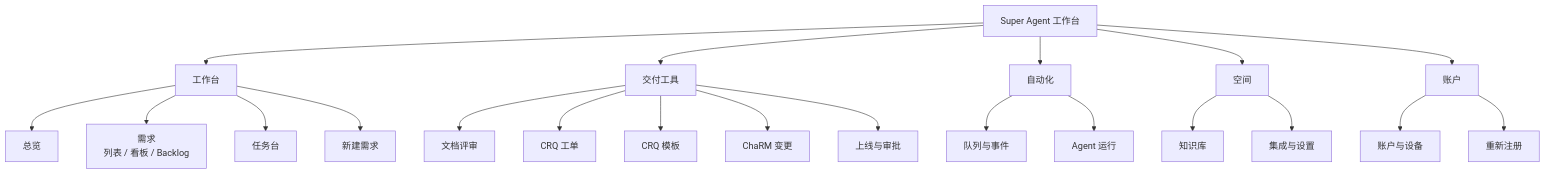
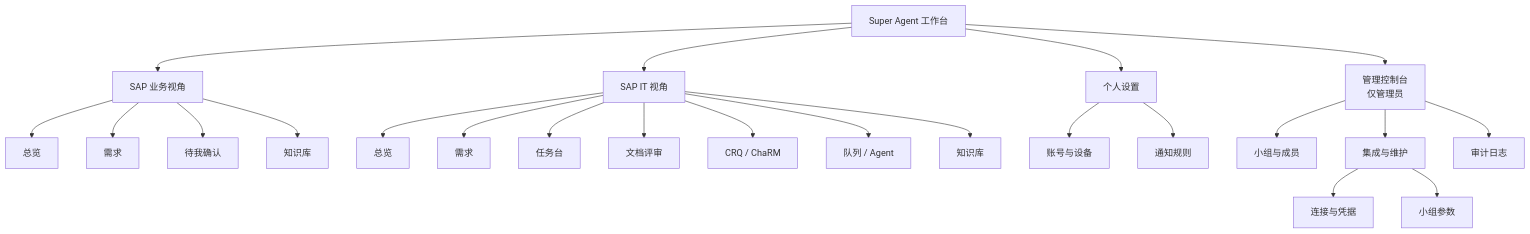
Before and after one commit to chunrichi/pages: the first of 2 diagrams in prototypes/sap-super-agent/docs/00-重构方案.md, drawn with Mermaid. The commit also changed other lines of this file and 73 other files, not shown here.

First line of the commit message:
update(proto): sync sap-super-agent v2.6 (roles + admin console)

````diff
--- a/prototypes/sap-super-agent/docs/00-重构方案.md
+++ b/prototypes/sap-super-agent/docs/00-重构方案.md
@@ -68,28 +104,29 @@
 ```mermaid
 flowchart TB
-  A[Super Agent 工作台] --> B[工作台]
-  A --> C[交付工具]
-  A --> D[自动化]
-  A --> E[空间]
-  A --> F[账户]
+  A[Super Agent 工作台] --> V1[SAP 业务视角]
+  A --> V2[SAP IT 视角]
+  A --> S[个人设置]
+  A --> M[管理控制台<br/>仅管理员]
 
-  B --> B1[总览]
-  B --> B2[需求<br/>列表 / 看板 / Backlog]
-  B --> B3[任务台]
-  B --> B4[新建需求]
+  V1 --> B1[总览]
+  V1 --> B2[需求]
+  V1 --> B3[待我确认]
+  V1 --> B4[知识库]
 
-  C --> C1[文档评审]
-  C --> C2[CRQ 工单]
-  C --> C3[CRQ 模板]
-  C --> C4[ChaRM 变更]
-  C --> C5[上线与审批]
+  V2 --> C1[总览]
+  V2 --> C2[需求]
+  V2 --> C3[任务台]
+  V2 --> C4[文档评审]
+  V2 --> C5[CRQ / ChaRM]
+  V2 --> C6[队列 / Agent]
+  V2 --> C7[知识库]
 
-  D --> D1[队列与事件]
-  D --> D2[Agent 运行]
+  S --> S1[账号与设备]
+  S --> S2[通知规则]
 
-  E --> E1[知识库]
-  E --> E2[集成与设置]
-
-  F --> F1[账户与设备]
-  F --> F2[重新注册]
+  M --> M1[小组与成员]
+  M --> M2[集成与维护]
+  M2 --> M21[连接与凭据]
+  M2 --> M22[小组参数]
+  M --> M3[审计日志]
 ```
````
